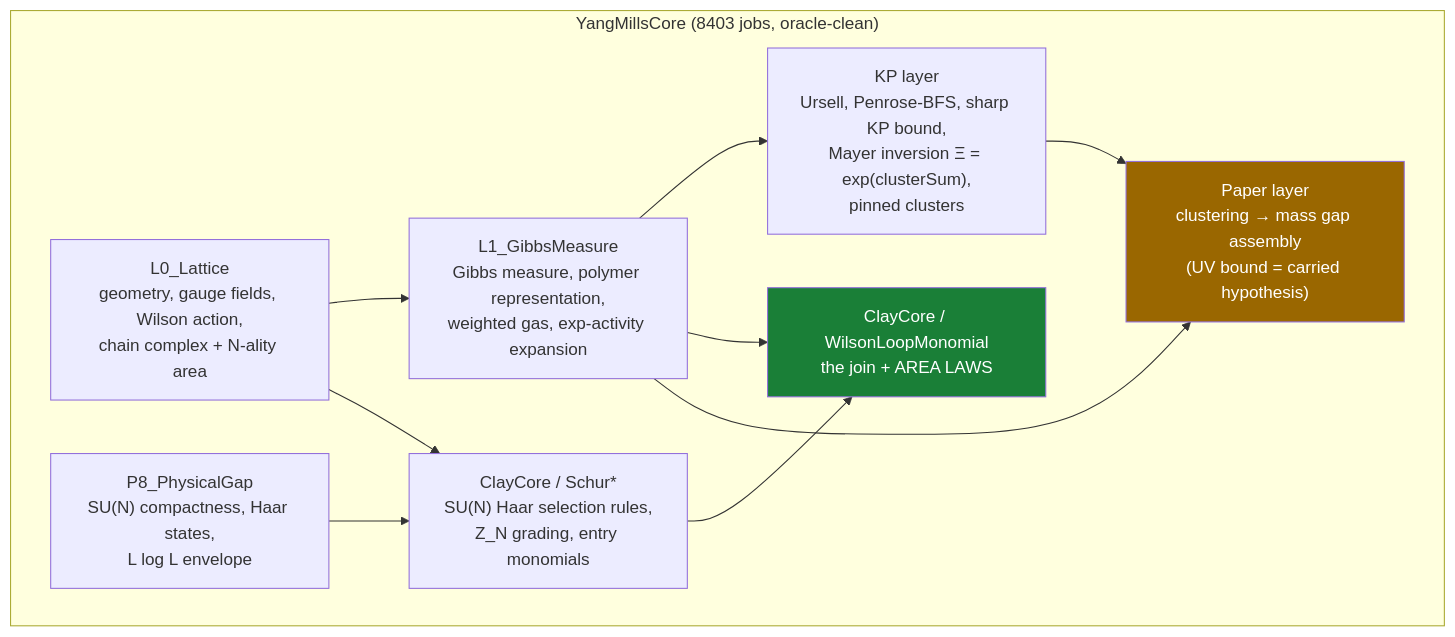
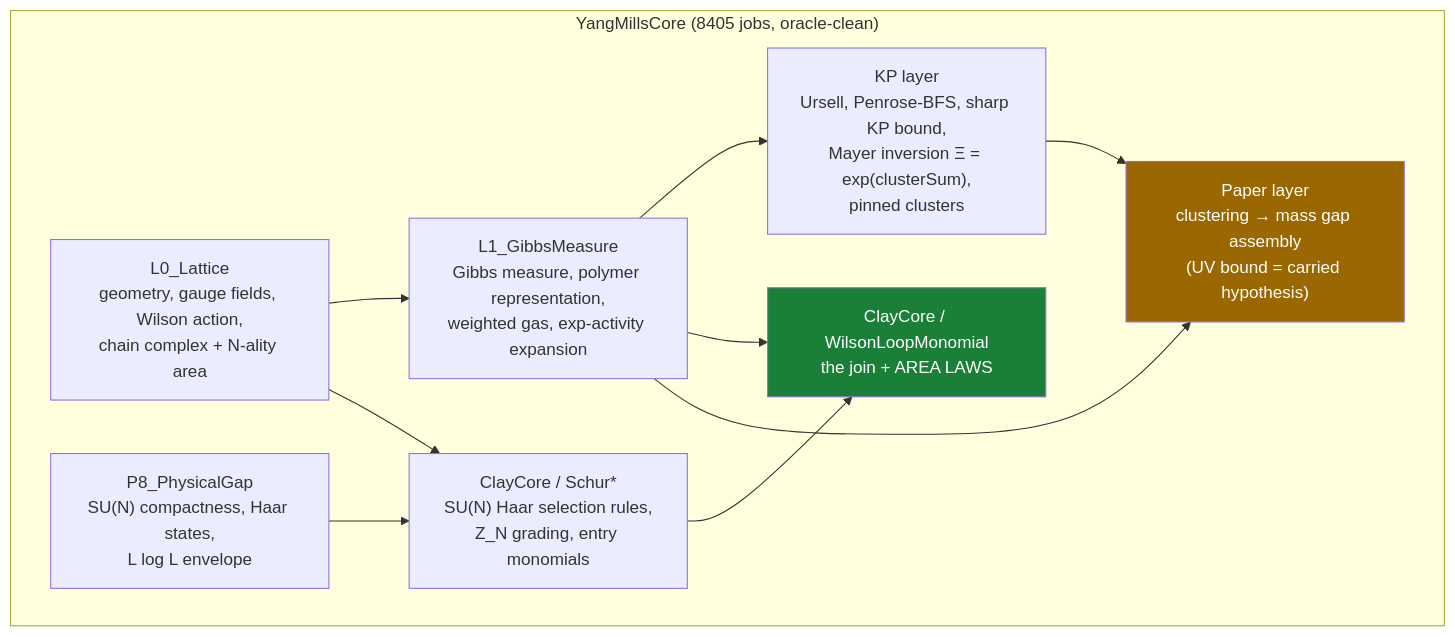
Before and after one commit to lluiseriksson/THE-ERIKSSON-PROGRAMME: the diagram in README.md, drawn with Mermaid. The commit also changed other lines of this file and 11 other files, not shown here.

````diff
--- a/README.md
+++ b/README.md
@@ -363,20 +363,20 @@
 ```mermaid
 graph TD
-    subgraph core["YangMillsCore  (8403 jobs, oracle-clean)"]
+    subgraph core["YangMillsCore  (8405 jobs, oracle-clean)"]
         L0["L0_Lattice<br/>geometry, gauge fields, Wilson action,<br/>chain complex + N-ality area"]
         L1["L1_GibbsMeasure<br/>Gibbs measure, polymer representation,<br/>weighted gas, exp-activity expansion"]
         KP["KP layer<br/>Ursell, Penrose-BFS, sharp KP bound,<br/>Mayer inversion Ξ = exp(clusterSum),<br/>pinned clusters"]
         SCHUR["ClayCore / Schur*<br/>SU(N) Haar selection rules,<br/>Z_N grading, entry monomials"]
         WLM["ClayCore / WilsonLoopMonomial<br/>the join + AREA LAWS"]
         PAPER["Paper layer<br/>clustering → mass gap assembly<br/>(UV bound = carried hypothesis)"]
         P8["P8_PhysicalGap<br/>SU(N) compactness, Haar states,<br/>L log L envelope"]
     end
     L0 --> L1 --> KP
     L0 --> SCHUR --> WLM
     L1 --> WLM
     L1 --> PAPER
     KP --> PAPER
     P8 --> SCHUR
     style WLM fill:#1a7f37,color:#fff
     style PAPER fill:#9a6700,color:#fff
 ```
````
